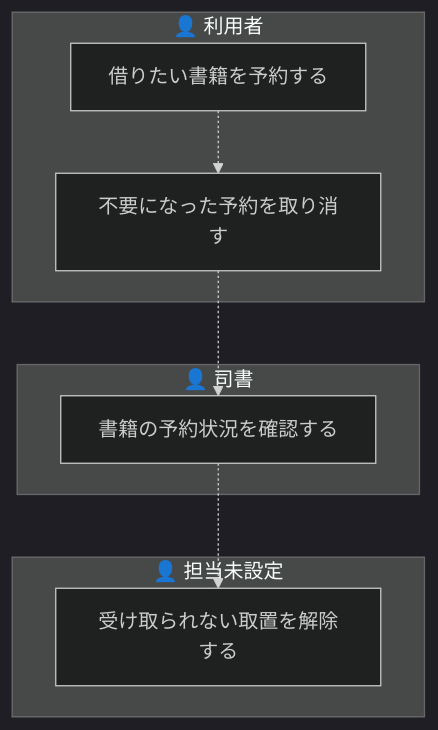
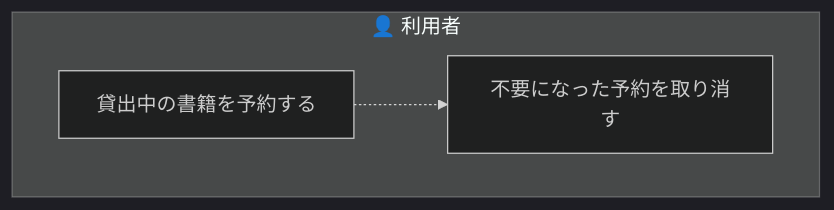
Before and after one commit to suwa-sh/suwa-sh-claude-plugins: the sixth of 11 diagrams in samples/distillery2/library-loan/docs/requirements/rdra/views/03_業務フロー.md, drawn with Mermaid (dark theme). The commit also changed other lines of this file and 249 other files, not shown here.

````diff
--- a/samples/distillery2/library-loan/docs/requirements/rdra/views/03_業務フロー.md
+++ b/samples/distillery2/library-loan/docs/requirements/rdra/views/03_業務フロー.md
@@ -131,16 +109,8 @@
 ```mermaid
 graph TD
   subgraph LN1["👤 利用者"]
-    AT1["借りたい書籍を予約する"]
+    AT1["貸出中の書籍を予約する"]
     AT2["不要になった予約を取り消す"]
   end
-  subgraph LN2["👤 司書"]
-    AT3["書籍の予約状況を確認する"]
-  end
-  subgraph LN3["👤 担当未設定"]
-    AT4["受け取られない取置を解除する"]
-  end
   AT1 -.-> AT2
-  AT2 -.-> AT3
-  AT3 -.-> AT4
 ```
````
